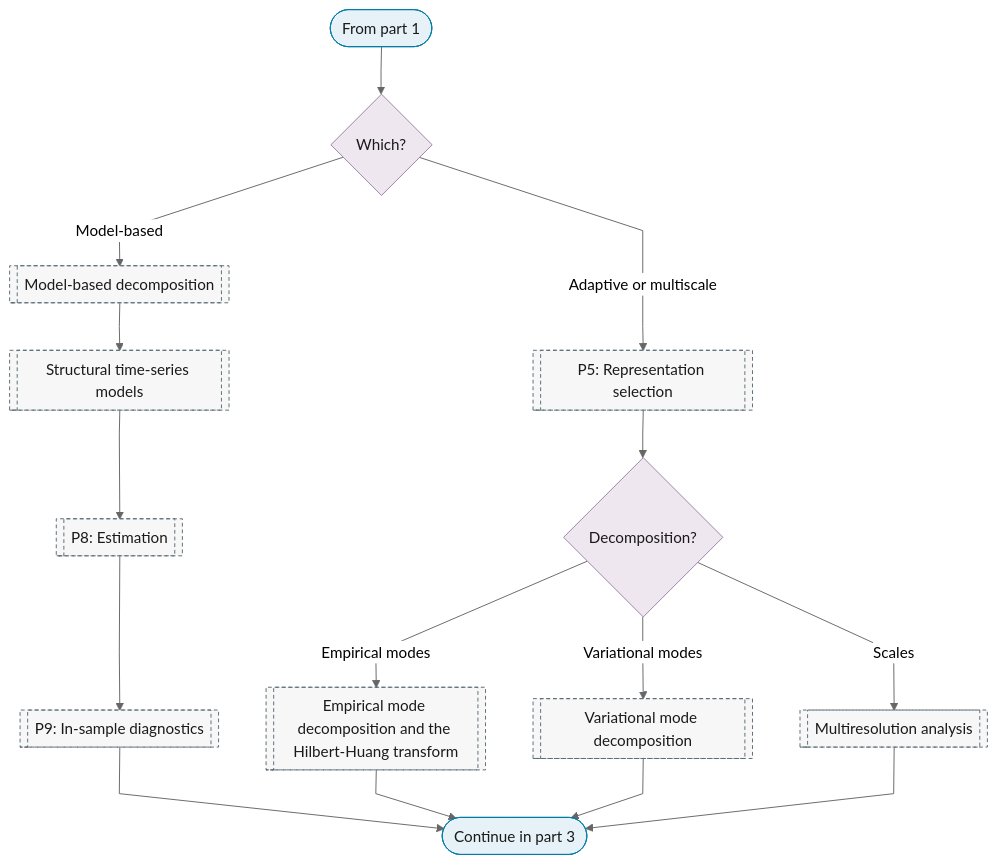
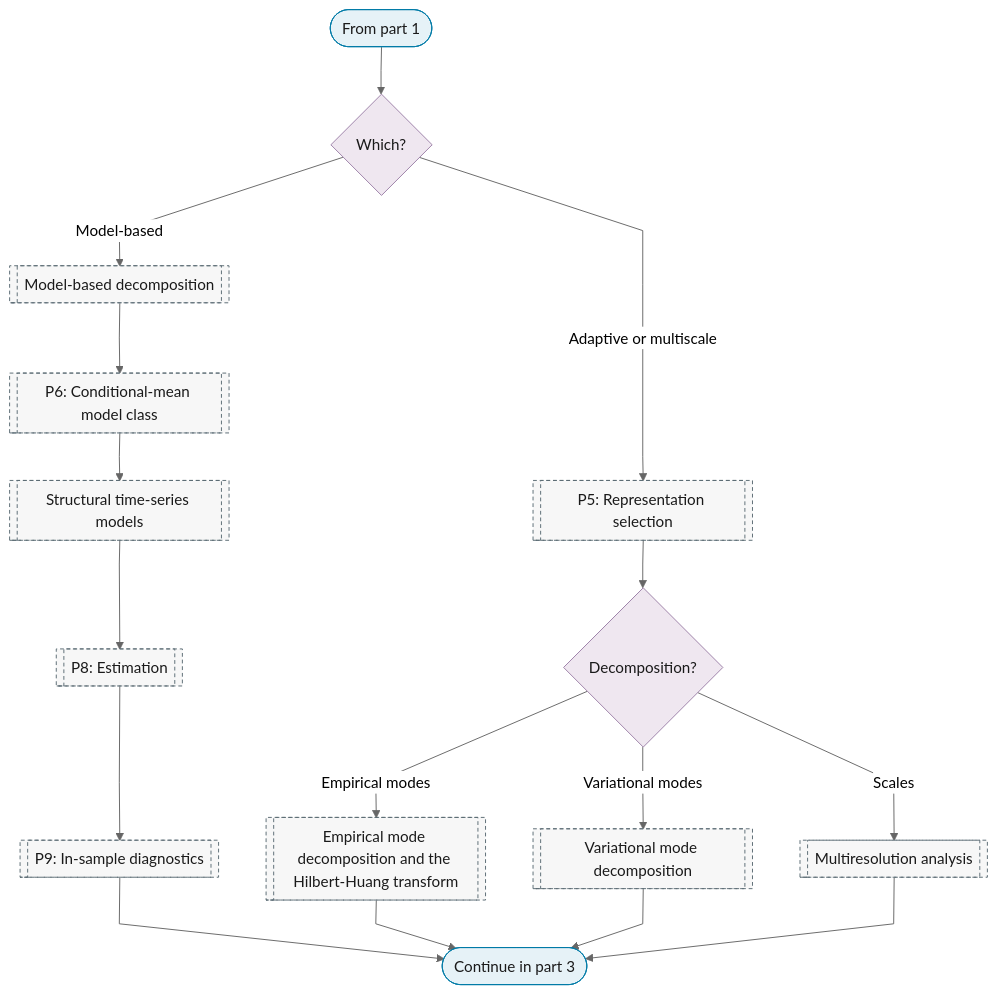
One commit to Shuxin-Y/time-series-analysis-manual changed the second of 3 diagrams in docs/01-workflow/p00-purpose/06-decomposition.md. Above: the diagram before and after it, drawn with Mermaid (neutral theme). The commit also changed 6 other files, not shown here.

First line of the commit message:
feat(master): why-this-order table; purpose charts keep the spine order

````diff
--- a/docs/01-workflow/p00-purpose/06-decomposition.md
+++ b/docs/01-workflow/p00-purpose/06-decomposition.md
@@ -42,26 +42,27 @@
 ```mermaid
 %%{init: {"flowchart": {"curve": "linear"}}}%%
 graph TD
     P0_DC_PART_2_IN(["From part 1"]) --> P0_DC_FAMILY{"Which?"}
     P0_DC_FAMILY -->|"Model-based"| P4_MODEL_DECOMPOSITION[["Model-based decomposition"]]
     P0_DC_FAMILY -->|"Adaptive or multiscale"| P5[["P5: Representation selection"]]
-    P4_MODEL_DECOMPOSITION --> P6_STRUCTURAL_TS[["Structural time-series models"]]
+    P4_MODEL_DECOMPOSITION --> P6[["P6: Conditional-mean model class"]]
+    P6 --> P6_STRUCTURAL_TS[["Structural time-series models"]]
     P6_STRUCTURAL_TS --> P8[["P8: Estimation"]]
     P8 --> P9[["P9: In-sample diagnostics"]]
     P5 --> P0_DC_ADAPTIVE{"Decomposition?"}
     P0_DC_ADAPTIVE -->|"Empirical modes"| P5_TF_EMD[["Empirical mode decomposition and the Hilbert-Huang transform"]]
     P0_DC_ADAPTIVE -->|"Variational modes"| P5_TF_VMD[["Variational mode decomposition"]]
     P0_DC_ADAPTIVE -->|"Scales"| P5_TF_MRA[["Multiresolution analysis"]]
     P9 & P5_TF_EMD & P5_TF_VMD & P5_TF_MRA --> P0_DC_PART_2_OUT(["Continue in part 3"])
     class P0_DC_PART_2_IN,P0_DC_PART_2_OUT terminator
     class P0_DC_FAMILY,P0_DC_ADAPTIVE decision
-    class P4_MODEL_DECOMPOSITION,P6_STRUCTURAL_TS,P8,P9,P5,P5_TF_EMD,P5_TF_VMD,P5_TF_MRA ref
+    class P4_MODEL_DECOMPOSITION,P6,P6_STRUCTURAL_TS,P8,P9,P5,P5_TF_EMD,P5_TF_VMD,P5_TF_MRA ref
     classDef terminator fill:#E6F2F7,stroke:#007BA7,color:#1A1A1A;
     classDef process fill:#FFFFFF,stroke:#5A6B73,color:#1A1A1A;
     classDef decision fill:#EFE7F0,stroke:#9B7FA7,color:#1A1A1A;
     classDef data fill:#FFF4E0,stroke:#C9A55E,color:#1A1A1A;
     classDef good fill:#DCEFD8,stroke:#4A7A3F,color:#1A1A1A;
     classDef escalate fill:#FFE9C2,stroke:#C9A55E,color:#1A1A1A;
     classDef problem fill:#F2D9DE,stroke:#800020,color:#1A1A1A;
     classDef ref fill:#F7F7F7,stroke:#5A6B73,color:#1A1A1A,stroke-dasharray:4 3;
 ```
````
